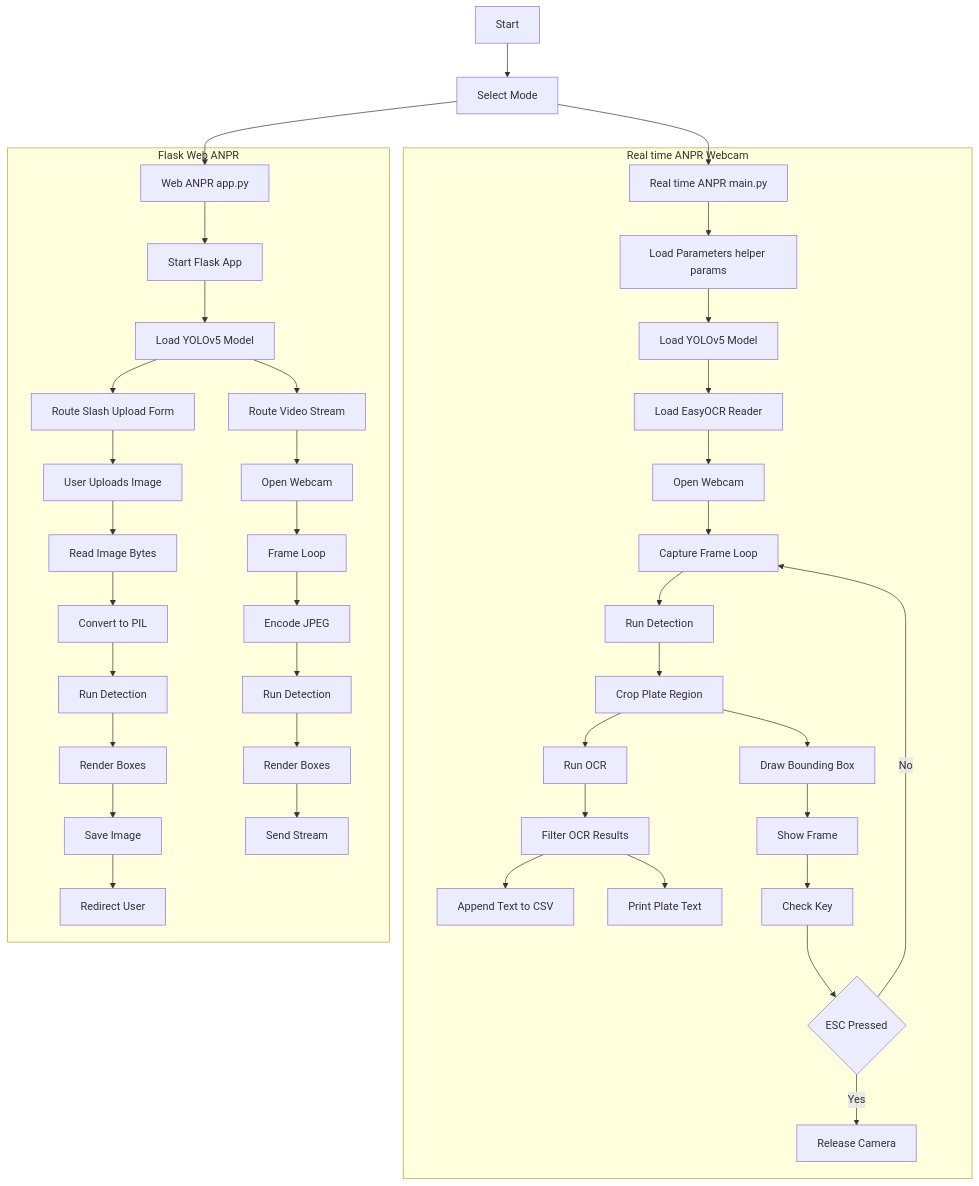
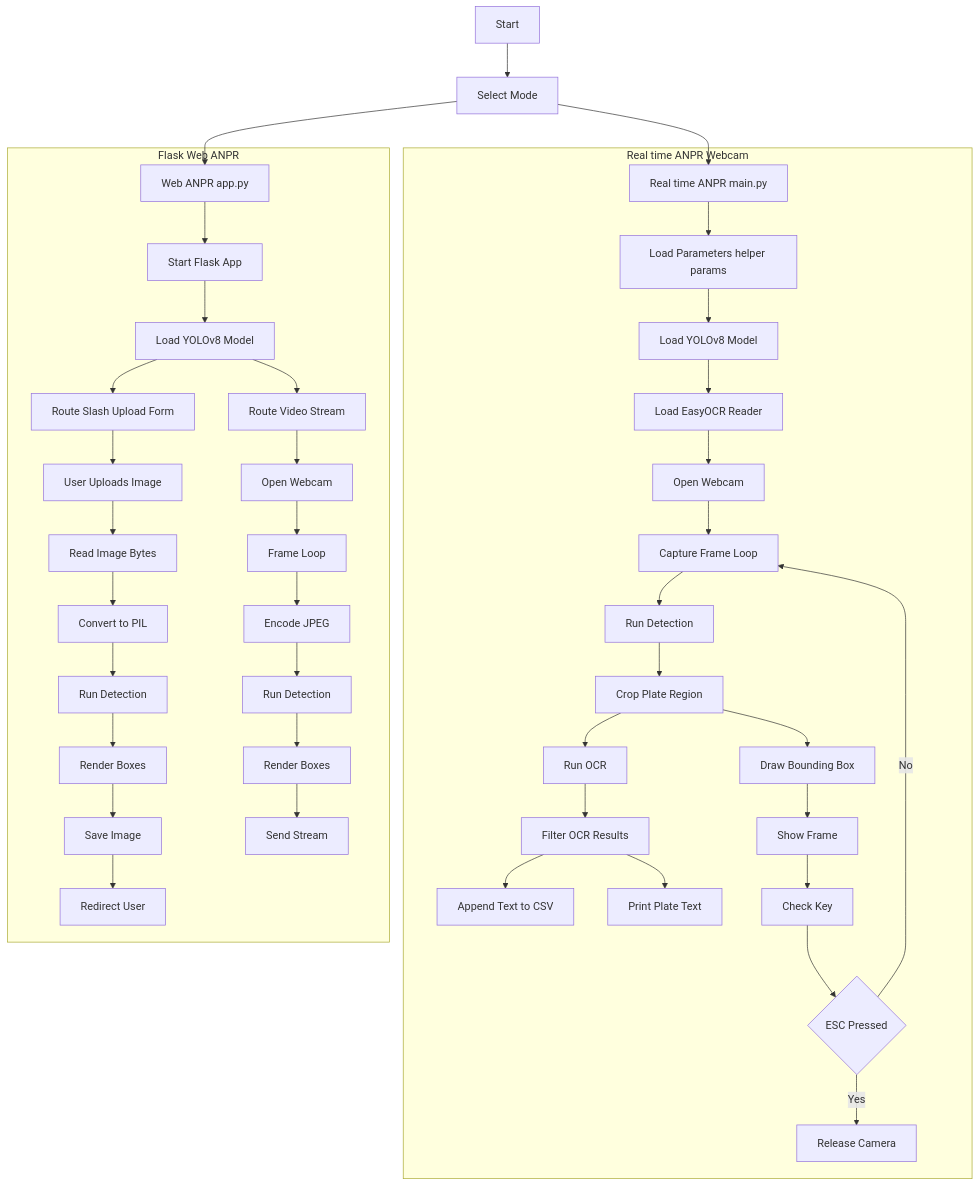
Before and after one commit to SANDEEP-K15/Number-Plate-Detection-: the diagram in README.md, drawn with Mermaid. The commit also changed other lines of this file, not shown here.

Commit message:
Update README for YOLOv8 integration in ANPR

````diff
--- a/README.md
+++ b/README.md
@@ -90,53 +90,53 @@
 ```mermaid
 flowchart TD
     A[Start] --> B[Select Mode]
     B --> C[Real time ANPR main.py]
     B --> D[Web ANPR app.py]
 
     %% ===== REAL TIME PIPELINE =====
     subgraph RT[Real time ANPR Webcam]
         C --> RT1[Load Parameters helper params]
-        RT1 --> RT2[Load YOLOv5 Model]
+        RT1 --> RT2[Load YOLOv8 Model]
         RT2 --> RT3[Load EasyOCR Reader]
         RT3 --> RT4[Open Webcam]
         RT4 --> RT5[Capture Frame Loop]
 
         RT5 --> RT6[Run Detection]
         RT6 --> RT7[Crop Plate Region]
         RT7 --> RT8[Run OCR]
         RT8 --> RT9[Filter OCR Results]
         RT9 --> RT10[Append Text to CSV]
         RT9 --> RT11[Print Plate Text]
 
         RT7 --> RT12[Draw Bounding Box]
         RT12 --> RT13[Show Frame]
         RT13 --> RT14[Check Key]
         RT14 --> RT15{ESC Pressed}
 
         RT15 -->|No| RT5
         RT15 -->|Yes| RT16[Release Camera]
     end
 
     %% ===== WEB PIPELINE =====
     subgraph WEB[Flask Web ANPR]
         D --> W1[Start Flask App]
-        W1 --> W2[Load YOLOv5 Model]
+        W1 --> W2[Load YOLOv8 Model]
 
         W2 --> W3[Route Slash Upload Form]
         W3 --> W4[User Uploads Image]
         W4 --> W5[Read Image Bytes]
         W5 --> W6[Convert to PIL]
         W6 --> W7[Run Detection]
         W7 --> W8[Render Boxes]
         W8 --> W9[Save Image]
         W9 --> W10[Redirect User]
 
         W2 --> W11[Route Video Stream]
         W11 --> W12[Open Webcam]
         W12 --> W13[Frame Loop]
         W13 --> W14[Encode JPEG]
         W14 --> W15[Run Detection]
         W15 --> W16[Render Boxes]
         W16 --> W17[Send Stream]
     end
 ```
````
